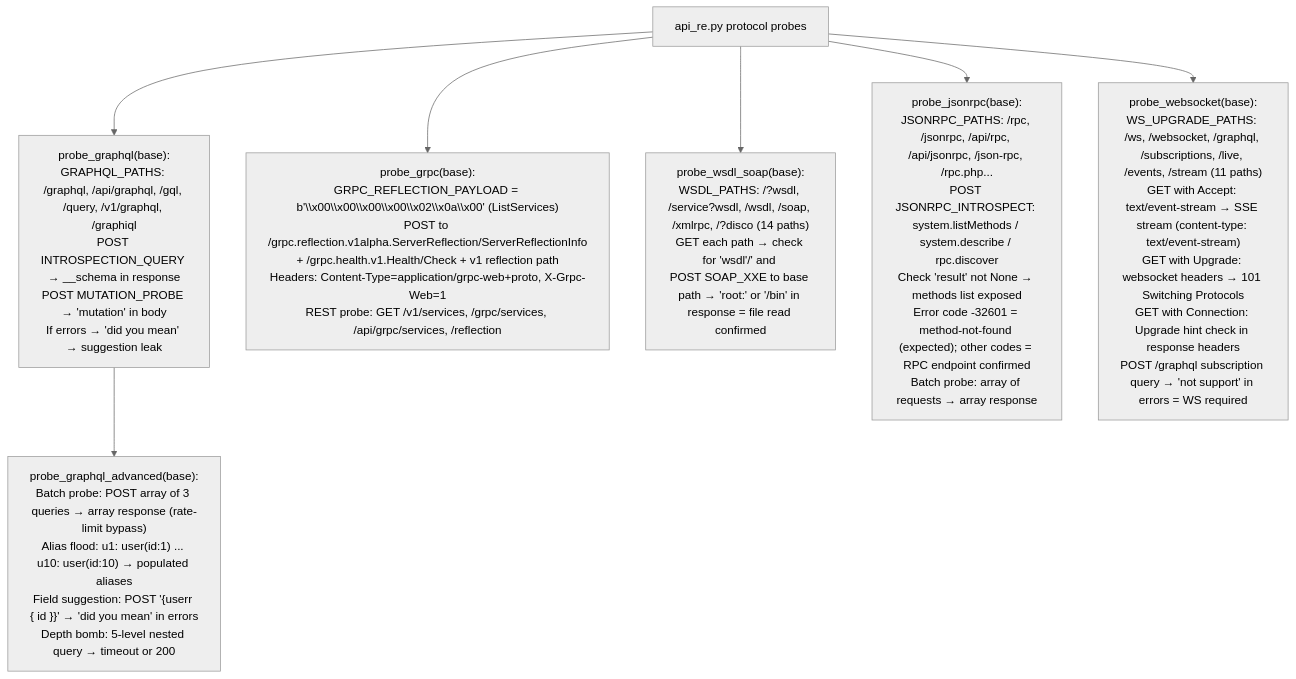
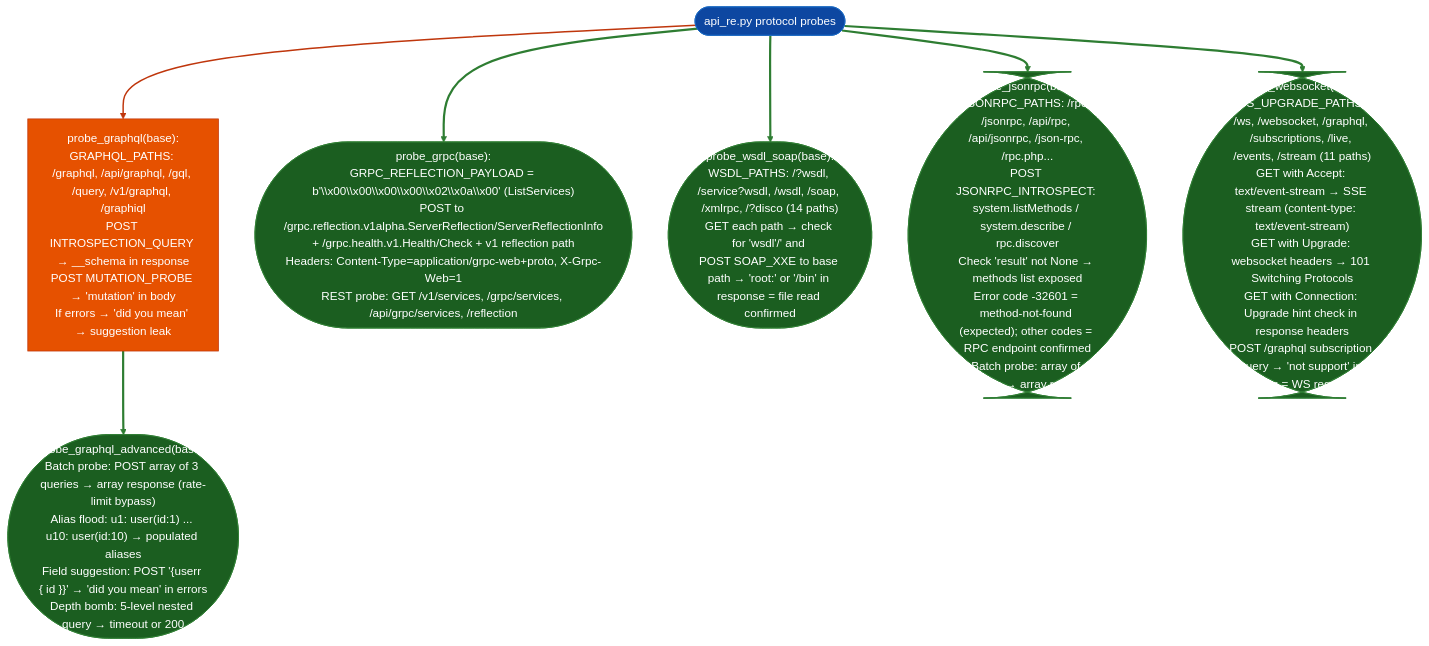
One commit to Ablation-Tool/ablation changed the diagram in docs/reference-modules/additional-api-protocols.md. Above: the diagram before and after it, drawn with Mermaid (neutral theme). The commit also changed 320 other files, not shown here.

First line of the commit message:
docs: apply canonical Mermaid template to all 321 diagrams

````diff
--- a/docs/reference-modules/additional-api-protocols.md
+++ b/docs/reference-modules/additional-api-protocols.md
@@ -19,9 +19,21 @@
 ```mermaid
 flowchart TD
-    A["api_re.py protocol probes"] --> B["probe_graphql(base):\nGRAPHQL_PATHS: /graphql, /api/graphql, /gql, /query, /v1/graphql, /graphiql\nPOST INTROSPECTION_QUERY → __schema in response\nPOST MUTATION_PROBE → 'mutation' in body\nIf errors → 'did you mean' → suggestion leak"]
-    B --> C["probe_graphql_advanced(base):\nBatch probe: POST array of 3 queries → array response (rate-limit bypass)\nAlias flood: u1: user(id:1) ... u10: user(id:10) → populated aliases\nField suggestion: POST '{userr { id }}' → 'did you mean' in errors\nDepth bomb: 5-level nested query → timeout or 200"]
-    A --> D["probe_grpc(base):\nGRPC_REFLECTION_PAYLOAD = b'\\x00\\x00\\x00\\x00\\x02\\x0a\\x00' (ListServices)\nPOST to /grpc.reflection.v1alpha.ServerReflection/ServerReflectionInfo\n+ /grpc.health.v1.Health/Check + v1 reflection path\nHeaders: Content-Type=application/grpc-web+proto, X-Grpc-Web=1\nREST probe: GET /v1/services, /grpc/services, /api/grpc/services, /reflection"]
-    A --> E["probe_wsdl_soap(base):\nWSDL_PATHS: /?wsdl, /service?wsdl, /wsdl, /soap, /xmlrpc, /?disco (14 paths)\nGET each path → check for 'wsdl'/'<definitions'/'soap:' in body\nExtract <operation name=...> and <xs:element name=...>\nPOST SOAP_XXE to base path → 'root:' or '/bin' in response = file read confirmed"]
-    A --> F["probe_jsonrpc(base):\nJSONRPC_PATHS: /rpc, /jsonrpc, /api/rpc, /api/jsonrpc, /json-rpc, /rpc.php...\nPOST JSONRPC_INTROSPECT: system.listMethods / system.describe / rpc.discover\nCheck 'result' not None → methods list exposed\nError code -32601 = method-not-found (expected); other codes = RPC endpoint confirmed\nBatch probe: array of requests → array response"]
-    A --> G["probe_websocket(base):\nWS_UPGRADE_PATHS: /ws, /websocket, /graphql, /subscriptions, /live, /events, /stream (11 paths)\nGET with Accept: text/event-stream → SSE stream (content-type: text/event-stream)\nGET with Upgrade: websocket headers → 101 Switching Protocols\nGET with Connection: Upgrade hint check in response headers\nPOST /graphql subscription query → 'not support' in errors = WS required"]
+    A(["api_re.py protocol probes"]):::input --> B["probe_graphql(base):\nGRAPHQL_PATHS: /graphql, /api/graphql, /gql, /query, /v1/graphql, /graphiql\nPOST INTROSPECTION_QUERY → __schema in response\nPOST MUTATION_PROBE → 'mutation' in body\nIf errors → 'did you mean' → suggestion leak"]:::primary
+    B:::primary --> C(["probe_graphql_advanced(base):\nBatch probe: POST array of 3 queries → array response (rate-limit bypass)\nAlias flood: u1: user(id:1) ... u10: user(id:10) → populated aliases\nField suggestion: POST '{userr { id }}' → 'did you mean' in errors\nDepth bomb: 5-level nested query → timeout or 200"]):::output
+    A:::input --> D(["probe_grpc(base):\nGRPC_REFLECTION_PAYLOAD = b'\\x00\\x00\\x00\\x00\\x02\\x0a\\x00' (ListServices)\nPOST to /grpc.reflection.v1alpha.ServerReflection/ServerReflectionInfo\n+ /grpc.health.v1.Health/Check + v1 reflection path\nHeaders: Content-Type=application/grpc-web+proto, X-Grpc-Web=1\nREST probe: GET /v1/services, /grpc/services, /api/grpc/services, /reflection"]):::output
+    A:::input --> E(["probe_wsdl_soap(base):\nWSDL_PATHS: /?wsdl, /service?wsdl, /wsdl, /soap, /xmlrpc, /?disco (14 paths)\nGET each path → check for 'wsdl'/'<definitions'/'soap:' in body\nExtract <operation name=...> and <xs:element name=...>\nPOST SOAP_XXE to base path → 'root:' or '/bin' in response = file read confirmed"]):::output
+    A:::input --> F(["probe_jsonrpc(base):\nJSONRPC_PATHS: /rpc, /jsonrpc, /api/rpc, /api/jsonrpc, /json-rpc, /rpc.php...\nPOST JSONRPC_INTROSPECT: system.listMethods / system.describe / rpc.discover\nCheck 'result' not None → methods list exposed\nError code -32601 = method-not-found (expected); other codes = RPC endpoint confirmed\nBatch probe: array of requests → array response"]):::output
+    A:::input --> G(["probe_websocket(base):\nWS_UPGRADE_PATHS: /ws, /websocket, /graphql, /subscriptions, /live, /events, /stream (11 paths)\nGET with Accept: text/event-stream → SSE stream (content-type: text/event-stream)\nGET with Upgrade: websocket headers → 101 Switching Protocols\nGET with Connection: Upgrade hint check in response headers\nPOST /graphql subscription query → 'not support' in errors = WS required"]):::output
+    classDef input     fill:#0d47a1,stroke:#1565c0,color:#fff
+    classDef primary   fill:#e65100,stroke:#bf360c,color:#fff
+    classDef secondary fill:#004d40,stroke:#00695c,color:#fff
+    classDef tertiary  fill:#4a148c,stroke:#6a1b9a,color:#fff
+    classDef neutral   fill:#37474f,stroke:#546e7a,color:#fff
+    classDef output    fill:#1b5e20,stroke:#2e7d32,color:#fff
+    linkStyle 0 stroke:#bf360c,stroke-width:2px
+    linkStyle 1 stroke:#2e7d32,stroke-width:3px
+    linkStyle 2 stroke:#2e7d32,stroke-width:3px
+    linkStyle 3 stroke:#2e7d32,stroke-width:3px
+    linkStyle 4 stroke:#2e7d32,stroke-width:3px
+    linkStyle 5 stroke:#2e7d32,stroke-width:3px
 ```
````
